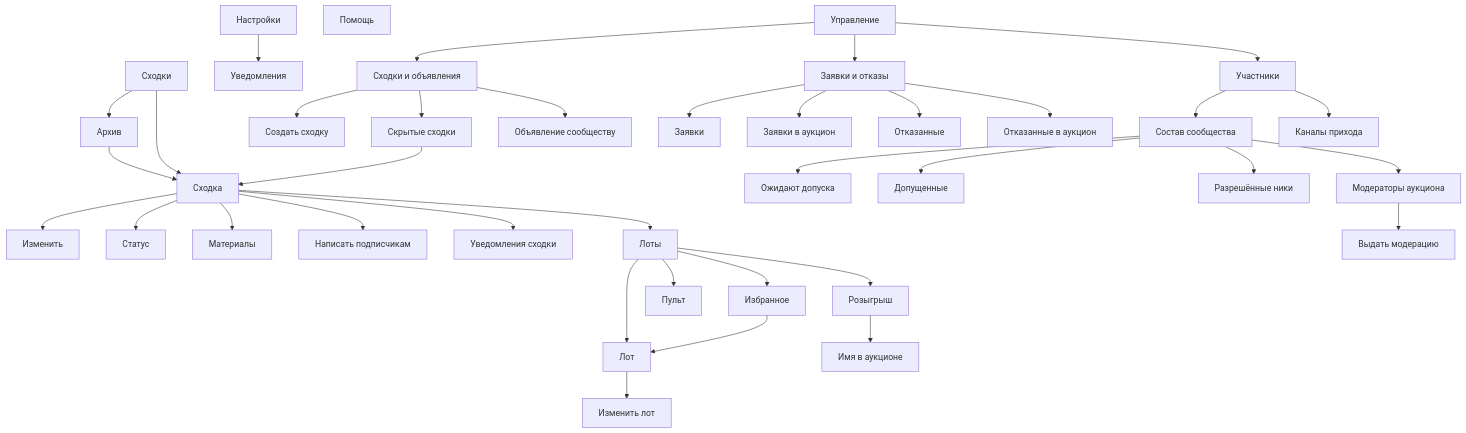
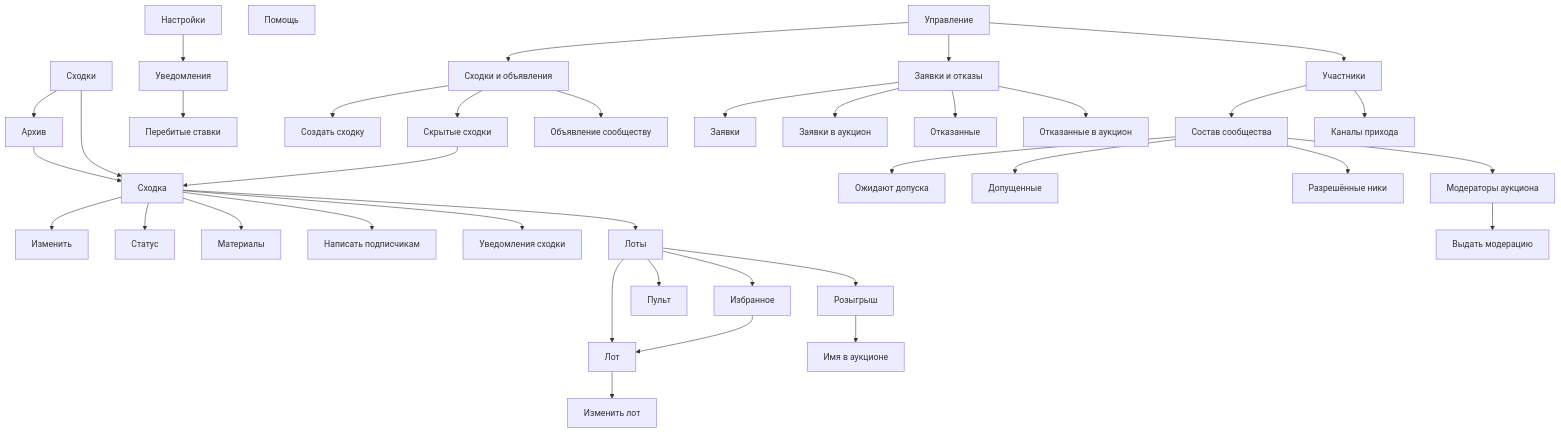
Before and after one commit to Solguficky/solguficky-hub: the first of 2 diagrams in docs/design/bot/design-code.md, drawn with Mermaid. The commit also changed other lines of this file and 33 other files, not shown here.

````diff
--- a/docs/design/bot/design-code.md
+++ b/docs/design/bot/design-code.md
@@ -37,46 +37,47 @@
 ```mermaid
 flowchart TD
     meetups[Сходки]
     meetups --> archive[Архив]
     settings[Настройки] --> notify[Уведомления]
+    notify --> outbid[Перебитые ставки]
     help[Помощь]
     manage[Управление]
 
     meetups --> card[Сходка]
     archive --> card
     hidden --> card
 
     card --> edit[Изменить]
     card --> status[Статус]
     card --> materials[Материалы]
     card --> broadcast[Написать подписчикам]
     card --> notifyMeetup[Уведомления сходки]
     card --> lots[Лоты]
     lots --> lot[Лот]
     lot --> lotForm[Изменить лот]
     lots --> console[Пульт]
     lots --> lotFavorites[Избранное]
     lotFavorites --> lot
     lots --> lotRaffle[Розыгрыш]
     lotRaffle --> lotRaffleName[Имя в аукционе]
 
     manage --> gMeetups[Сходки и объявления]
     manage --> gApplications[Заявки и отказы]
     manage --> gMembers[Участники]
 
     gMeetups --> create[Создать сходку]
     gMeetups --> hidden[Скрытые сходки]
     gMeetups --> announce[Объявление сообществу]
     gApplications --> applications[Заявки]
     gApplications --> auctionApplications[Заявки в аукцион]
     gApplications --> refused[Отказанные]
     gApplications --> auctionRefused[Отказанные в аукцион]
     gMembers --> community[Состав сообщества]
     gMembers --> channels[Каналы прихода]
 
     community --> pending[Ожидают допуска]
     community --> members[Допущенные]
     community --> nicks[Разрешённые ники]
     community --> moderators[Модераторы аукциона]
     moderators --> grant[Выдать модерацию]
 ```
````
